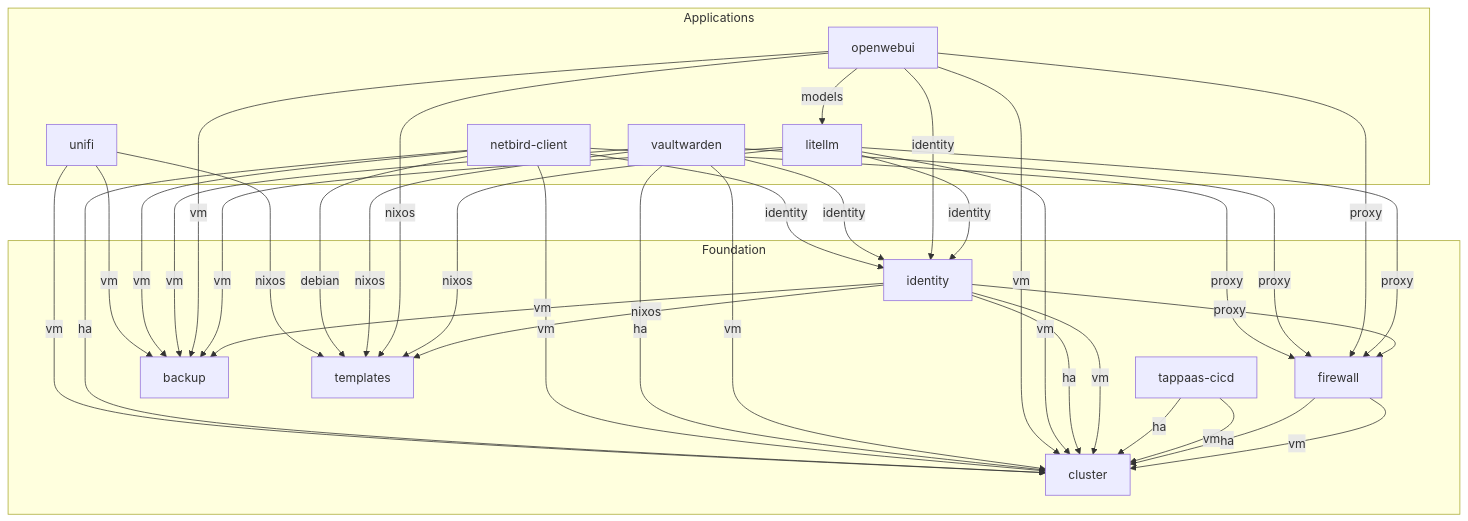
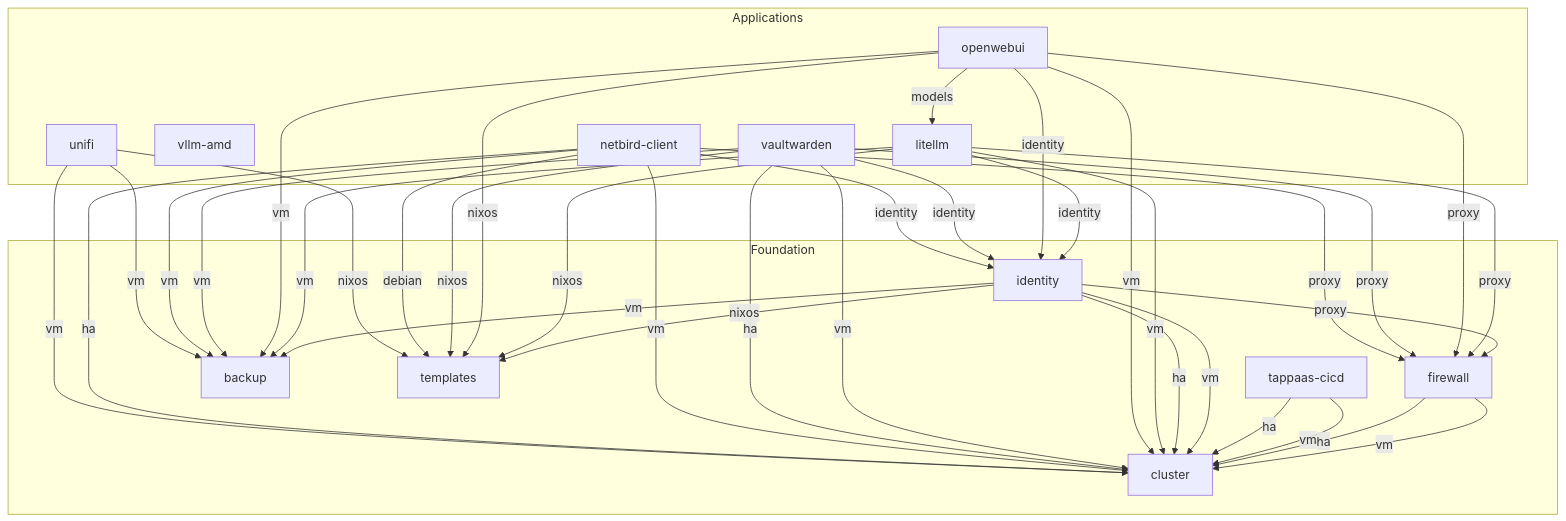
One commit to TAPPaaS/TAPPaaS changed the diagram in src/module-dependencies.md. Above: the diagram before and after it, drawn with Mermaid. The commit also changed other lines of this file and 4 other files, not shown here.

````diff
--- a/src/module-dependencies.md
+++ b/src/module-dependencies.md
@@ -10,70 +10,71 @@
 ```mermaid
 graph TD
     subgraph Applications
         litellm[litellm]
         openwebui[openwebui]
+        vllm-amd[vllm-amd]
         vaultwarden[vaultwarden]
         netbird-client[netbird-client]
         unifi[unifi]
     end
 
     subgraph Foundation
         firewall[firewall]
         tappaas-cicd[tappaas-cicd]
         identity[identity]
         backup[backup]
         templates[templates]
         cluster[cluster]
     end
 
     %% firewall depends on cluster
     firewall -->|vm| cluster
     firewall -->|ha| cluster
 
     %% tappaas-cicd depends on cluster
     tappaas-cicd -->|vm| cluster
     tappaas-cicd -->|ha| cluster
 
     %% identity depends on cluster, templates, backup, firewall
     identity -->|vm| cluster
     identity -->|ha| cluster
     identity -->|nixos| templates
     identity -->|vm| backup
     identity -->|proxy| firewall
 
     %% litellm depends on cluster, templates, backup, identity, firewall
     litellm -->|vm| cluster
     litellm -->|nixos| templates
     litellm -->|vm| backup
     litellm -->|identity| identity
     litellm -->|proxy| firewall
 
     %% openwebui depends on cluster, templates, backup, identity, firewall, litellm
     openwebui -->|vm| cluster
     openwebui -->|nixos| templates
     openwebui -->|vm| backup
     openwebui -->|identity| identity
     openwebui -->|proxy| firewall
     openwebui -->|models| litellm
 
     %% vaultwarden depends on cluster, templates, backup, identity, firewall
     vaultwarden -->|vm| cluster
     vaultwarden -->|ha| cluster
     vaultwarden -->|nixos| templates
     vaultwarden -->|vm| backup
     vaultwarden -->|identity| identity
     vaultwarden -->|proxy| firewall
 
     %% netbird-client depends on cluster, templates, backup, identity, firewall
     netbird-client -->|vm| cluster
     netbird-client -->|ha| cluster
     netbird-client -->|debian| templates
     netbird-client -->|vm| backup
     netbird-client -->|identity| identity
     netbird-client -->|proxy| firewall
 
     %% unifi depends on cluster, templates, backup
     unifi -->|vm| cluster
     unifi -->|nixos| templates
     unifi -->|vm| backup
 ```
````
